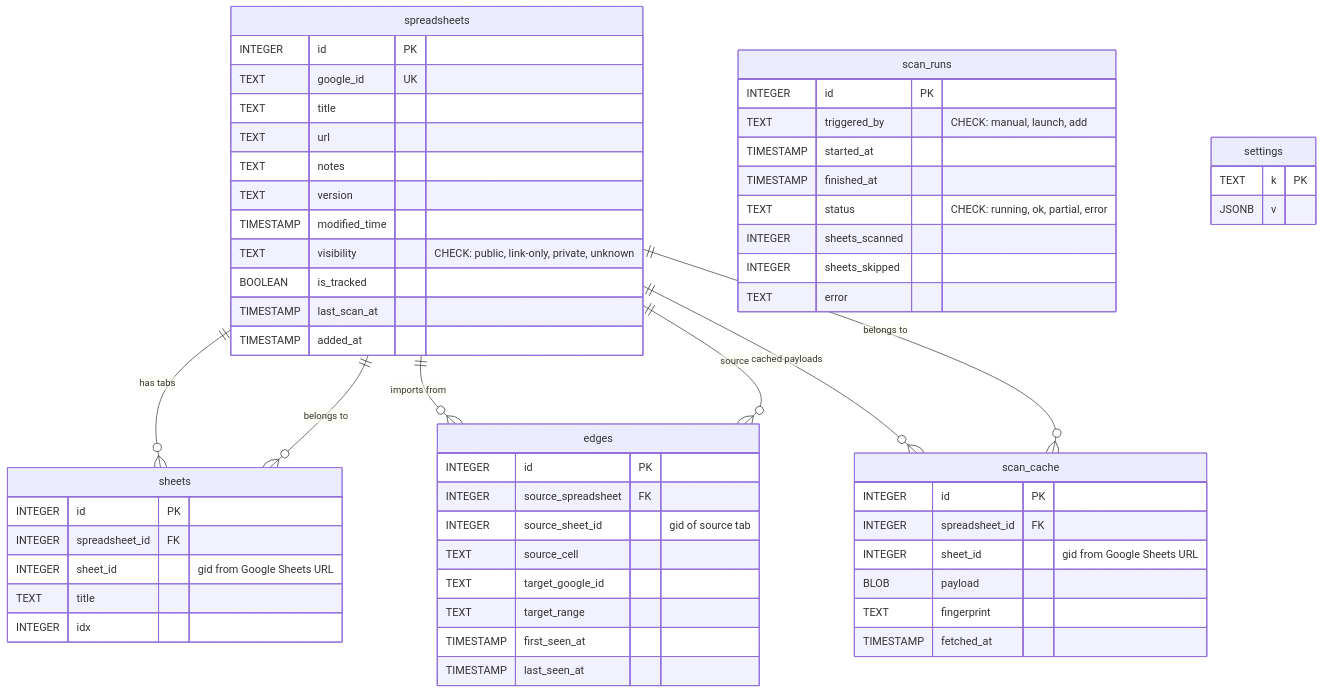
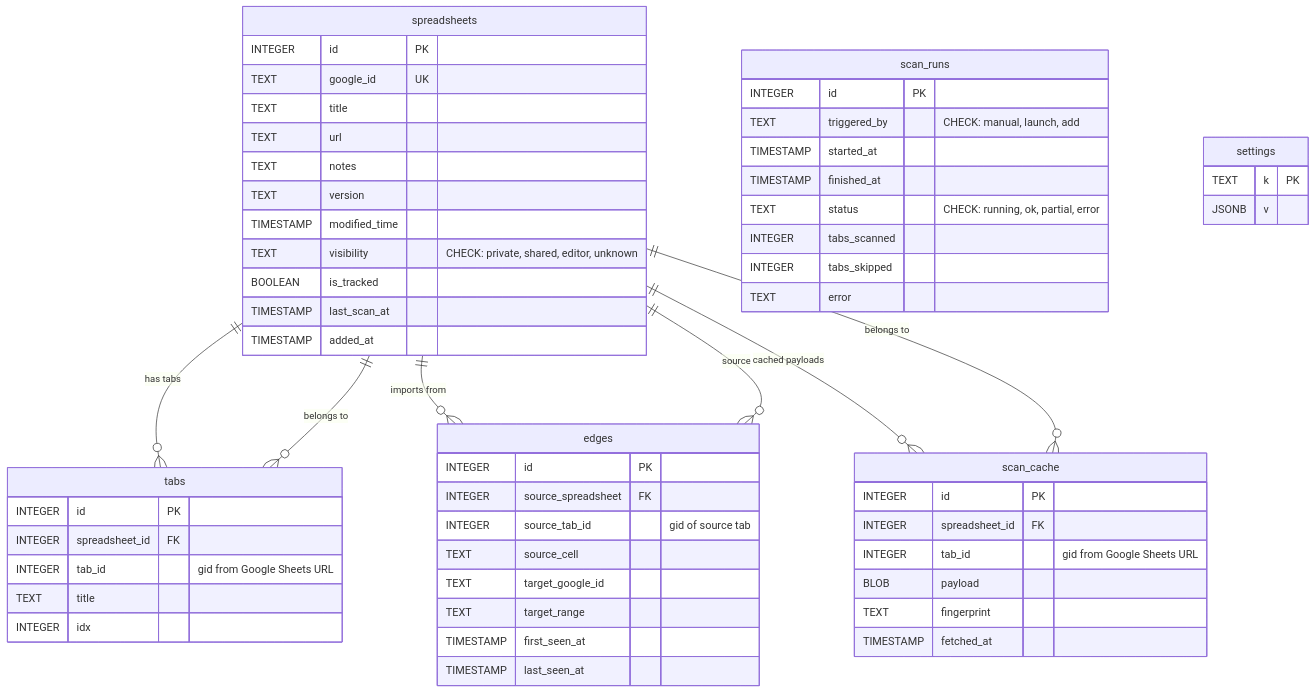
The diagram in docs/DATABASE.md (farrelaby/sheettracer), drawn with Mermaid before and after one commit. The commit also changed other lines of this file and 4 other files, not shown here.

Commit message:
docs: align terminology with tabs and visibility changes

````diff
--- a/docs/DATABASE.md
+++ b/docs/DATABASE.md
@@ -24,67 +24,67 @@
 ```mermaid
 erDiagram
     spreadsheets {
         INTEGER id PK
         TEXT google_id UK
         TEXT title
         TEXT url
         TEXT notes
         TEXT version
         TIMESTAMP modified_time
-        TEXT visibility "CHECK: public, link-only, private, unknown"
+        TEXT visibility "CHECK: private, shared, editor, unknown"
         BOOLEAN is_tracked
         TIMESTAMP last_scan_at
         TIMESTAMP added_at
     }
 
-    sheets {
+    tabs {
         INTEGER id PK
         INTEGER spreadsheet_id FK
-        INTEGER sheet_id "gid from Google Sheets URL"
+        INTEGER tab_id "gid from Google Sheets URL"
         TEXT title
         INTEGER idx
     }
 
     edges {
         INTEGER id PK
         INTEGER source_spreadsheet FK
-        INTEGER source_sheet_id "gid of source tab"
+        INTEGER source_tab_id "gid of source tab"
         TEXT source_cell
         TEXT target_google_id
         TEXT target_range
         TIMESTAMP first_seen_at
         TIMESTAMP last_seen_at
     }
 
     scan_cache {
         INTEGER id PK
         INTEGER spreadsheet_id FK
-        INTEGER sheet_id "gid from Google Sheets URL"
+        INTEGER tab_id "gid from Google Sheets URL"
         BLOB payload
         TEXT fingerprint
         TIMESTAMP fetched_at
     }
 
     scan_runs {
         INTEGER id PK
         TEXT triggered_by "CHECK: manual, launch, add"
         TIMESTAMP started_at
         TIMESTAMP finished_at
         TEXT status "CHECK: running, ok, partial, error"
-        INTEGER sheets_scanned
-        INTEGER sheets_skipped
+        INTEGER tabs_scanned
+        INTEGER tabs_skipped
         TEXT error
     }
 
     settings {
         TEXT k PK
         JSONB v
     }
 
-    spreadsheets ||--o{ sheets : "has tabs"
+    spreadsheets ||--o{ tabs : "has tabs"
     spreadsheets ||--o{ edges : "imports from"
     spreadsheets ||--o{ scan_cache : "cached payloads"
-    sheets }o--|| spreadsheets : "belongs to"
+    tabs }o--|| spreadsheets : "belongs to"
     edges }o--|| spreadsheets : "source"
     scan_cache }o--|| spreadsheets : "belongs to"
 ```
````
